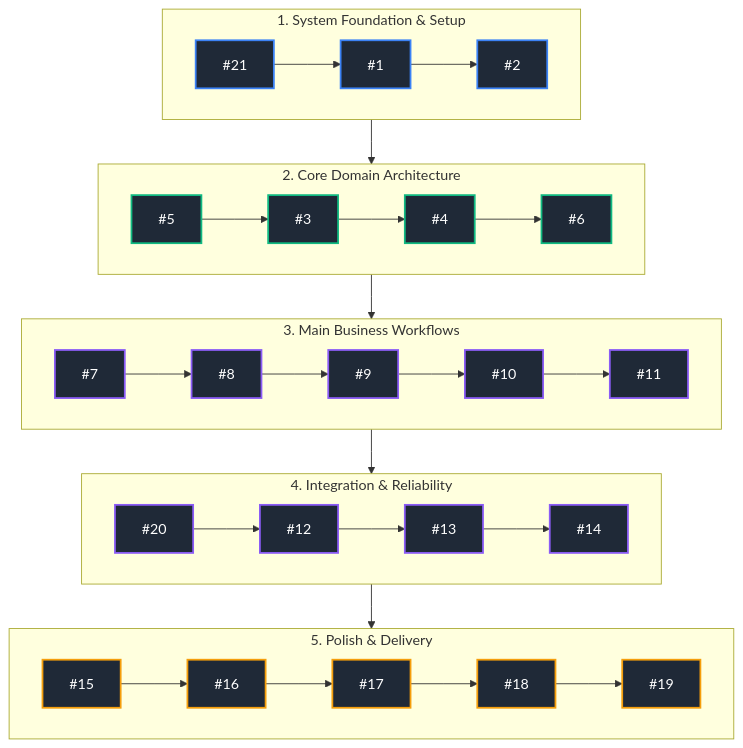
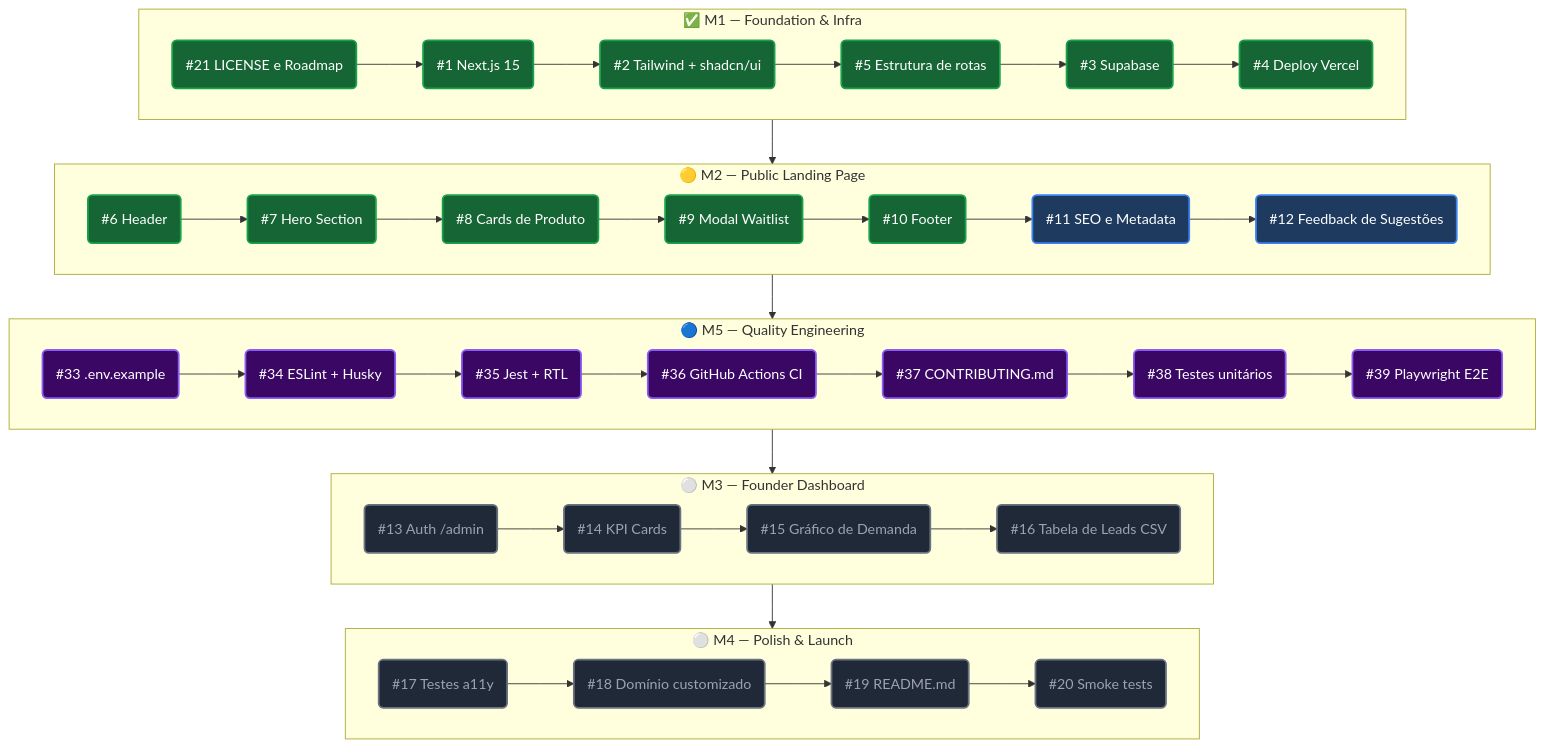
One commit to CabPiz/kairos-labs changed the diagram in ROADMAP.md. Above: the diagram before and after it, drawn with Mermaid. The commit also changed other lines of this file, not shown here.

First line of the commit message:
docs(roadmap): reescreve ROADMAP.md com issues reais e insere M5 Quality Engineering

````diff
--- a/ROADMAP.md
+++ b/ROADMAP.md
@@ -35,35 +28,35 @@
 ```mermaid
 %%{init: {'flowchart': {'curve': 'linear'}}}%%
 flowchart TD
-    classDef foundation fill:#1f2937,stroke:#3b82f6,stroke-width:2px,color:#fff;
-    classDef core fill:#1f2937,stroke:#10b981,stroke-width:2px,color:#fff;
-    classDef feature fill:#1f2937,stroke:#8b5cf6,stroke-width:2px,color:#fff;
-    classDef final fill:#1f2937,stroke:#f59e0b,stroke-width:2px,color:#fff;
+    classDef done fill:#166534,stroke:#16a34a,stroke-width:2px,color:#fff;
+    classDef active fill:#1e3a5f,stroke:#3b82f6,stroke-width:2px,color:#fff;
+    classDef quality fill:#3b0764,stroke:#8b5cf6,stroke-width:2px,color:#fff;
+    classDef planned fill:#1f2937,stroke:#6b7280,stroke-width:2px,color:#9ca3af;
 
-    subgraph Phase1["1. System Foundation & Setup"]
+    subgraph M1["✅ M1 — Foundation & Infra"]
         direction LR
-        #21:::foundation --> #1:::foundation --> #2:::foundation
+        i21("#21 LICENSE e Roadmap"):::done --> i1("#1 Next.js 15"):::done --> i2("#2 Tailwind + shadcn/ui"):::done --> i5("#5 Estrutura de rotas"):::done --> i3("#3 Supabase"):::done --> i4("#4 Deploy Vercel"):::done
     end
 
-    subgraph Phase2["2. Core Domain Architecture"]
+    subgraph M2["🟡 M2 — Public Landing Page"]
         direction LR
-        #5:::core --> #3:::core --> #4:::core --> #6:::core
+        i6("#6 Header"):::done --> i7("#7 Hero Section"):::done --> i8("#8 Cards de Produto"):::done --> i9("#9 Modal Waitlist"):::done --> i10("#10 Footer"):::done --> i11("#11 SEO e Metadata"):::active --> i12("#12 Feedback de Sugestões"):::active
     end
 
-    subgraph Phase3["3. Main Business Workflows"]
+    subgraph M5["🔵 M5 — Quality Engineering"]
         direction LR
-        #7:::feature --> #8:::feature --> #9:::feature --> #10:::feature --> #11:::feature
+        i33("#33 .env.example"):::quality --> i34("#34 ESLint + Husky"):::quality --> i35("#35 Jest + RTL"):::quality --> i36("#36 GitHub Actions CI"):::quality --> i37("#37 CONTRIBUTING.md"):::quality --> i38("#38 Testes unitários"):::quality --> i39("#39 Playwright E2E"):::quality
     end
 
-    subgraph Phase4["4. Integration & Reliability"]
+    subgraph M3["⚪ M3 — Founder Dashboard"]
         direction LR
-        #20:::feature --> #12:::feature --> #13:::feature --> #14:::feature
+        i13("#13 Auth /admin"):::planned --> i14("#14 KPI Cards"):::planned --> i15("#15 Gráfico de Demanda"):::planned --> i16("#16 Tabela de Leads CSV"):::planned
     end
 
-    subgraph Phase5["5. Polish & Delivery"]
+    subgraph M4["⚪ M4 — Polish & Launch"]
         direction LR
-        #15:::final --> #16:::final --> #17:::final --> #18:::final --> #19:::final
+        i17("#17 Testes a11y"):::planned --> i18("#18 Domínio customizado"):::planned --> i19("#19 README.md"):::planned --> i20("#20 Smoke tests"):::planned
     end
 
-    Phase1 --> Phase2 --> Phase3 --> Phase4 --> Phase5
+    M1 --> M2 --> M5 --> M3 --> M4
 ```
````
